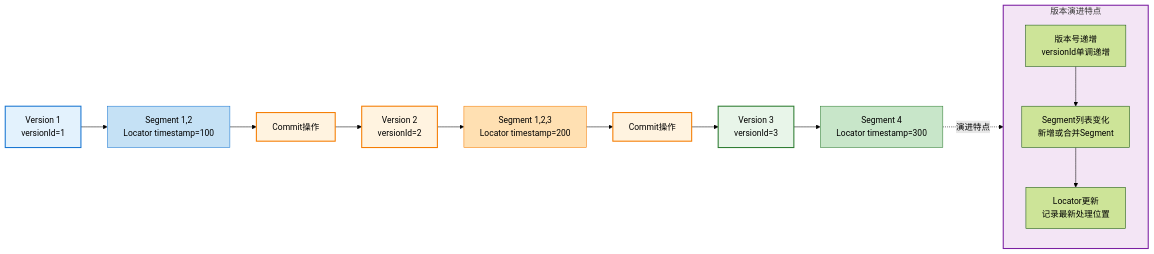
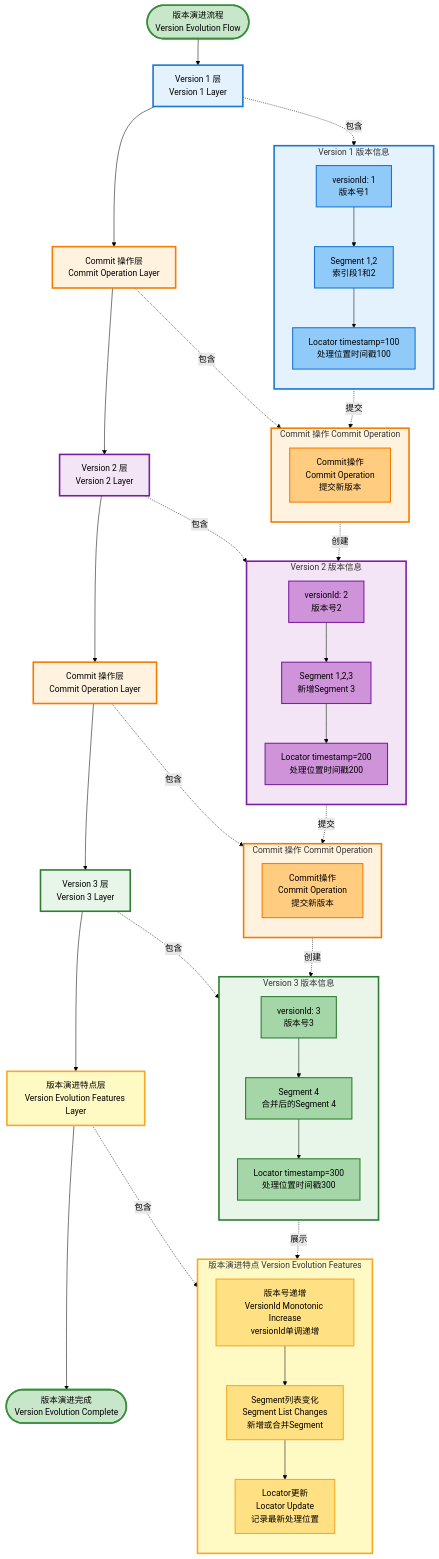
Before and after one commit to zhouzhilong-commits/zhouzhilong-commits.github.io: diagram 21 of 27 in _posts/2025-06-03-indexlib-3-build-flow.md, drawn with Mermaid (forest theme). The commit also changed other lines of this file and 19 other files, not shown here.

````diff
--- a/_posts/2025-06-03-indexlib-3-build-flow.md
+++ b/_posts/2025-06-03-indexlib-3-build-flow.md
@@ -1732,36 +1918,104 @@
 ```mermaid
-flowchart LR
-    V1[Version 1<br/>versionId=1] --> V1Content[Segment 1,2<br/>Locator timestamp=100]
+flowchart TB
+    Start([版本演进流程<br/>Version Evolution Flow]) --> V1Layer[Version 1 层<br/>Version 1 Layer]
     
-    V1Content --> Commit1[Commit操作]
+    subgraph V1Group["Version 1 版本信息"]
+        direction TB
+        V1_ID[versionId: 1<br/>版本号1]
+        V1_SEG[Segment 1,2<br/>索引段1和2]
+        V1_LOC[Locator timestamp=100<br/>处理位置时间戳100]
+        V1_ID --> V1_SEG
+        V1_SEG --> V1_LOC
+    end
     
-    Commit1 --> V2[Version 2<br/>versionId=2]
-    V2 --> V2Content[Segment 1,2,3<br/>Locator timestamp=200]
+    V1Layer --> Commit1Layer[Commit 操作层<br/>Commit Operation Layer]
     
-    V2Content --> Commit2[Commit操作]
+    subgraph Commit1Group["Commit 操作 Commit Operation"]
+        direction TB
+        C1[Commit操作<br/>Commit Operation<br/>提交新版本]
+    end
     
-    Commit2 --> V3[Version 3<br/>versionId=3]
-    V3 --> V3Content[Segment 4<br/>Locator timestamp=300]
+    Commit1Layer --> V2Layer[Version 2 层<br/>Version 2 Layer]
     
-    subgraph Evolution["版本演进特点"]
+    subgraph V2Group["Version 2 版本信息"]
         direction TB
-        E1[版本号递增<br/>versionId单调递增]
-        E2[Segment列表变化<br/>新增或合并Segment]
-        E3[Locator更新<br/>记录最新处理位置]
-        
+        V2_ID[versionId: 2<br/>版本号2]
+        V2_SEG[Segment 1,2,3<br/>新增Segment 3]
+        V2_LOC[Locator timestamp=200<br/>处理位置时间戳200]
+        V2_ID --> V2_SEG
+        V2_SEG --> V2_LOC
+    end
+    
+    V2Layer --> Commit2Layer[Commit 操作层<br/>Commit Operation Layer]
+    
+    subgraph Commit2Group["Commit 操作 Commit Operation"]
+        direction TB
+        C2[Commit操作<br/>Commit Operation<br/>提交新版本]
+    end
+    
+    Commit2Layer --> V3Layer[Version 3 层<br/>Version 3 Layer]
+    
+    subgraph V3Group["Version 3 版本信息"]
+        direction TB
+        V3_ID[versionId: 3<br/>版本号3]
+        V3_SEG[Segment 4<br/>合并后的Segment 4]
+        V3_LOC[Locator timestamp=300<br/>处理位置时间戳300]
+        V3_ID --> V3_SEG
+        V3_SEG --> V3_LOC
+    end
+    
+    V3Layer --> EvolutionLayer[版本演进特点层<br/>Version Evolution Features Layer]
+    
+    subgraph EvolutionGroup["版本演进特点 Version Evolution Features"]
+        direction TB
+        E1[版本号递增<br/>VersionId Monotonic Increase<br/>versionId单调递增]
+        E2[Segment列表变化<br/>Segment List Changes<br/>新增或合并Segment]
+        E3[Locator更新<br/>Locator Update<br/>记录最新处理位置]
         E1 --> E2
         E2 --> E3
     end
     
-    V3Content -.->|演进特点| Evolution
+    EvolutionLayer --> End([版本演进完成<br/>Version Evolution Complete])
     
-    style V1 fill:#e3f2fd,stroke:#1976d2,stroke-width:2px
-    style V1Content fill:#c5e1f5,stroke:#1976d2,stroke-width:1px
-    style Commit1 fill:#fff3e0,stroke:#f57c00,stroke-width:2px
-    style V2 fill:#fff3e0,stroke:#f57c00,stroke-width:2px
-    style V2Content fill:#ffe0b2,stroke:#f57c00,stroke-width:1px
-    style Commit2 fill:#fff3e0,stroke:#f57c00,stroke-width:2px
-    style V3 fill:#e8f5e9,stroke:#2e7d32,stroke-width:2px
-    style V3Content fill:#c8e6c9,stroke:#2e7d32,stroke-width:1px
-    style Evolution fill:#f3e5f5,stroke:#7b1fa2,stroke-width:2px
+    V1Layer -.->|包含| V1Group
+    Commit1Layer -.->|包含| Commit1Group
+    V2Layer -.->|包含| V2Group
+    Commit2Layer -.->|包含| Commit2Group
+    V3Layer -.->|包含| V3Group
+    EvolutionLayer -.->|包含| EvolutionGroup
+    
+    V1Group -.->|提交| Commit1Group
+    Commit1Group -.->|创建| V2Group
+    V2Group -.->|提交| Commit2Group
+    Commit2Group -.->|创建| V3Group
+    V3Group -.->|展示| EvolutionGroup
+    
+    style Start fill:#c8e6c9,stroke:#388e3c,stroke-width:3px
+    style End fill:#c8e6c9,stroke:#388e3c,stroke-width:3px
+    style V1Layer fill:#e3f2fd,stroke:#1976d2,stroke-width:3px
+    style Commit1Layer fill:#fff3e0,stroke:#f57c00,stroke-width:3px
+    style V2Layer fill:#f3e5f5,stroke:#7b1fa2,stroke-width:3px
+    style Commit2Layer fill:#fff3e0,stroke:#f57c00,stroke-width:3px
+    style V3Layer fill:#e8f5e9,stroke:#2e7d32,stroke-width:3px
+    style EvolutionLayer fill:#fff9c4,stroke:#f9a825,stroke-width:3px
+    style V1Group fill:#e3f2fd,stroke:#1976d2,stroke-width:3px
+    style V1_ID fill:#90caf9,stroke:#1976d2,stroke-width:2px
+    style V1_SEG fill:#90caf9,stroke:#1976d2,stroke-width:2px
+    style V1_LOC fill:#90caf9,stroke:#1976d2,stroke-width:2px
+    style Commit1Group fill:#fff3e0,stroke:#f57c00,stroke-width:3px
+    style C1 fill:#ffcc80,stroke:#f57c00,stroke-width:2px
+    style V2Group fill:#f3e5f5,stroke:#7b1fa2,stroke-width:3px
+    style V2_ID fill:#ce93d8,stroke:#7b1fa2,stroke-width:2px
+    style V2_SEG fill:#ce93d8,stroke:#7b1fa2,stroke-width:2px
+    style V2_LOC fill:#ce93d8,stroke:#7b1fa2,stroke-width:2px
+    style Commit2Group fill:#fff3e0,stroke:#f57c00,stroke-width:3px
+    style C2 fill:#ffcc80,stroke:#f57c00,stroke-width:2px
+    style V3Group fill:#e8f5e9,stroke:#2e7d32,stroke-width:3px
+    style V3_ID fill:#a5d6a7,stroke:#2e7d32,stroke-width:2px
+    style V3_SEG fill:#a5d6a7,stroke:#2e7d32,stroke-width:2px
+    style V3_LOC fill:#a5d6a7,stroke:#2e7d32,stroke-width:2px
+    style EvolutionGroup fill:#fff9c4,stroke:#f9a825,stroke-width:3px
+    style E1 fill:#ffe082,stroke:#f9a825,stroke-width:2px
+    style E2 fill:#ffe082,stroke:#f9a825,stroke-width:2px
+    style E3 fill:#ffe082,stroke:#f9a825,stroke-width:2px
 ```
````
